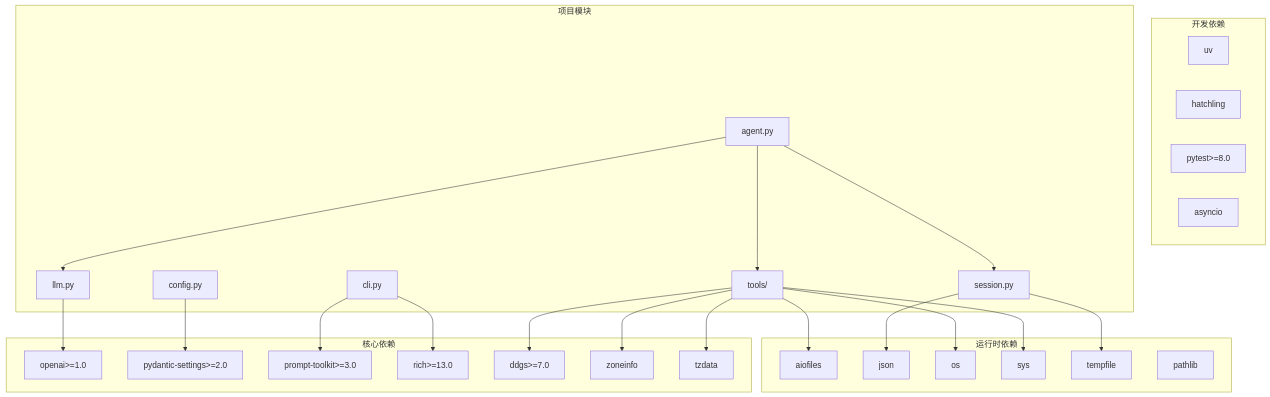
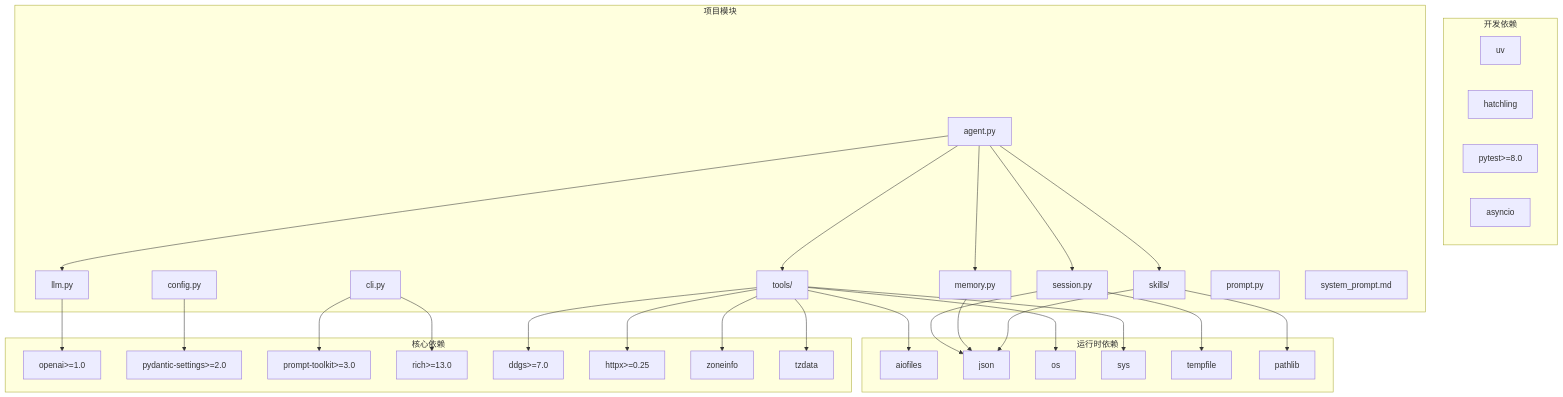
The tenth of 10 diagrams in .qoder/repowiki/zh/content/项目概述.md (250shiwo/MySmallAgent), drawn with Mermaid before and after one commit. The commit also changed other lines of this file and 28 other files, not shown here.

````diff
--- a/.qoder/repowiki/zh/content/项目概述.md
+++ b/.qoder/repowiki/zh/content/项目概述.md
@@ -482,50 +608,61 @@
 ```mermaid
 graph TB
 subgraph "核心依赖"
 OpenAI[openai>=1.0]
 Pydantic[pydantic-settings>=2.0]
 PromptToolkit[prompt-toolkit>=3.0]
 Rich[rich>=13.0]
 DDGS[ddgs>=7.0]
+Httpx[httpx>=0.25]
 ZoneInfo[zoneinfo]
 Tzdata[tzdata]
 end
 subgraph "开发依赖"
 UV[uv]
 Hatchling[hatchling]
 PyTest[pytest>=8.0]
 AsyncIO[pytest-asyncio>=0.23]
 end
 subgraph "运行时依赖"
 AsyncIO[asyncio]
 AioFiles[aiofiles]
 Json[json]
 OS[os]
 Sys[sys]
 Tempfile[tempfile]
 Pathlib[pathlib]
 end
 subgraph "项目模块"
 Config[config.py]
 LLM[llm.py]
 Agent[agent.py]
 CLI[cli.py]
 Session[session.py]
+Memory[memory.py]
+Skills[skills/]
 Tools[tools/]
+Prompt[prompt.py]
+SystemPrompt[system_prompt.md]
 end
 Config --> Pydantic
 LLM --> OpenAI
 Agent --> LLM
 Agent --> Tools
+Agent --> Skills
 Agent --> Session
+Agent --> Memory
 CLI --> Rich
 CLI --> PromptToolkit
 Session --> Json
 Session --> Tempfile
+Memory --> Json
 Tools --> AioFiles
 Tools --> OS
 Tools --> Sys
 Tools --> DDGS
+Tools --> Httpx
 Tools --> ZoneInfo
 Tools --> Tzdata
+Skills --> Json
+Skills --> Pathlib
 ```
````
